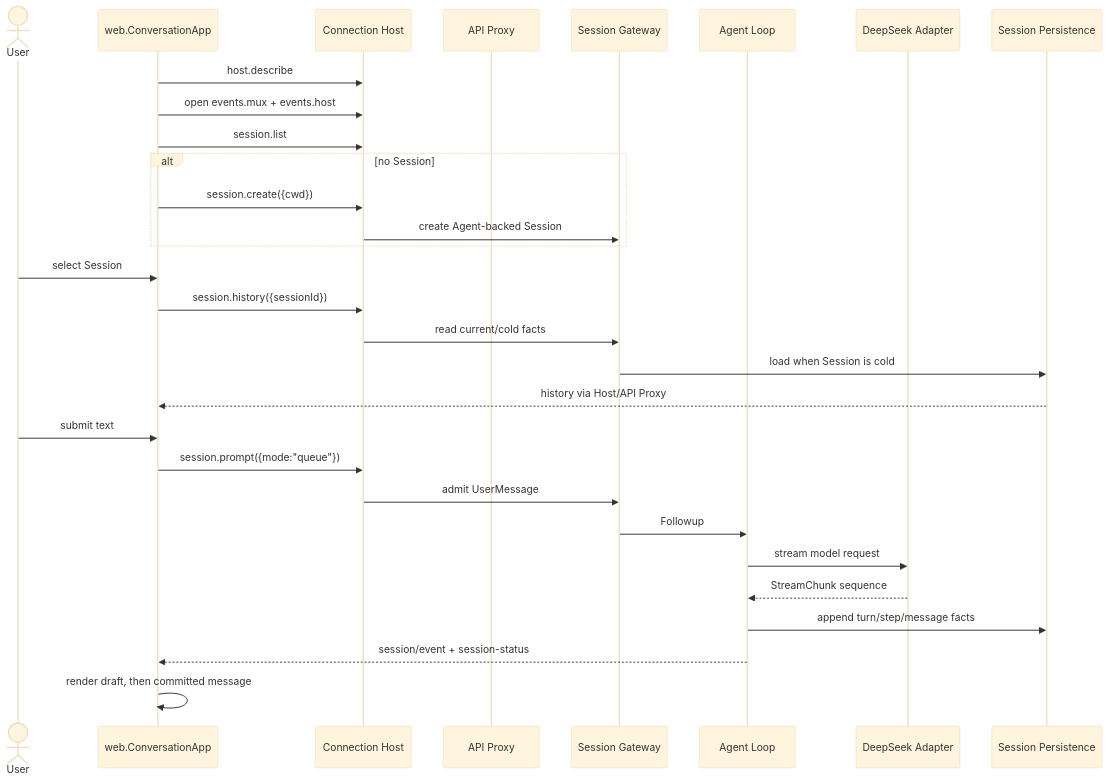
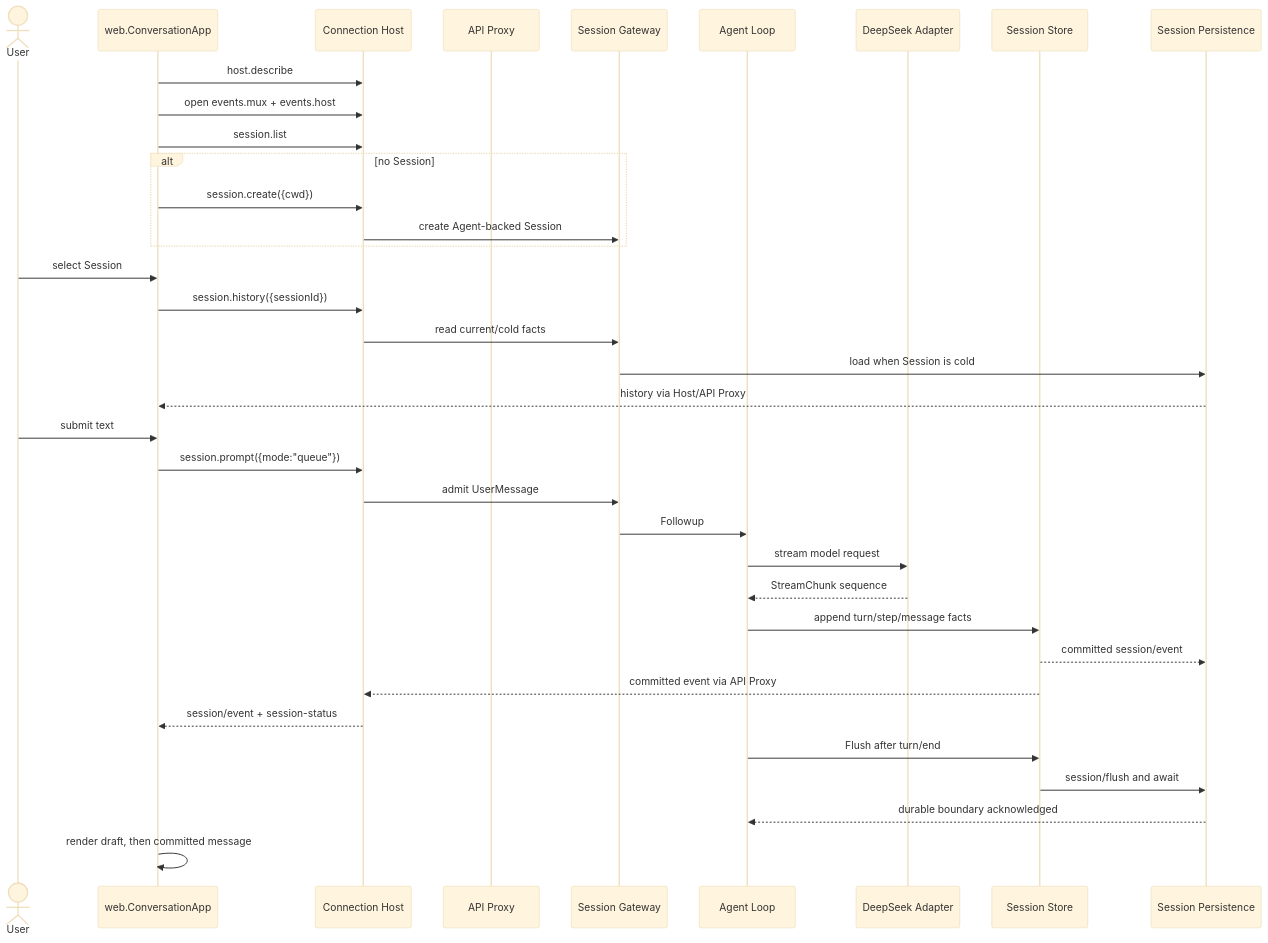
The diagram in zh-CN/21-web-agent-main-flow.md (gorenx/goren), drawn with Mermaid (base theme) before and after one commit. The commit also changed 6 other files, not shown here.

````diff
--- a/zh-CN/21-web-agent-main-flow.md
+++ b/zh-CN/21-web-agent-main-flow.md
@@ -59,33 +59,39 @@
 ```mermaid
 sequenceDiagram
     actor U as User
     participant W as web.ConversationApp
     participant H as Connection Host
     participant A as API Proxy
     participant S as Session Gateway
     participant G as Agent Loop
     participant D as DeepSeek Adapter
+    participant C as Session Store
     participant P as Session Persistence
 
     W->>H: host.describe
     W->>H: open events.mux + events.host
     W->>H: session.list
     alt no Session
         W->>H: session.create({cwd})
         H->>S: create Agent-backed Session
     end
     U->>W: select Session
     W->>H: session.history({sessionId})
     H->>S: read current/cold facts
     S->>P: load when Session is cold
     P-->>W: history via Host/API Proxy
     U->>W: submit text
     W->>H: session.prompt({mode:"queue"})
     H->>S: admit UserMessage
     S->>G: Followup
     G->>D: stream model request
     D-->>G: StreamChunk sequence
-    G->>P: append turn/step/message facts
-    G-->>W: session/event + session-status
+    G->>C: append turn/step/message facts
+    C-->>P: committed session/event
+    C-->>H: committed event via API Proxy
+    H-->>W: session/event + session-status
+    G->>C: Flush after turn/end
+    C->>P: session/flush and await
+    P-->>G: durable boundary acknowledged
     W->>W: render draft, then committed message
 ```
````
